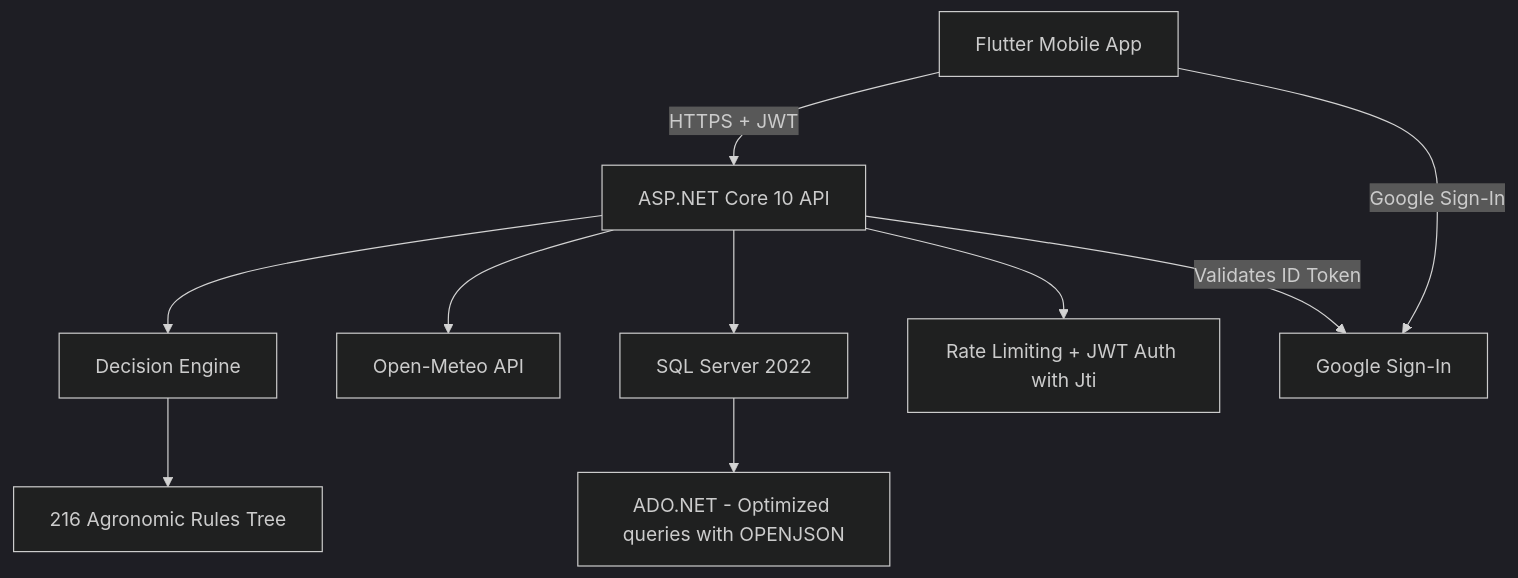
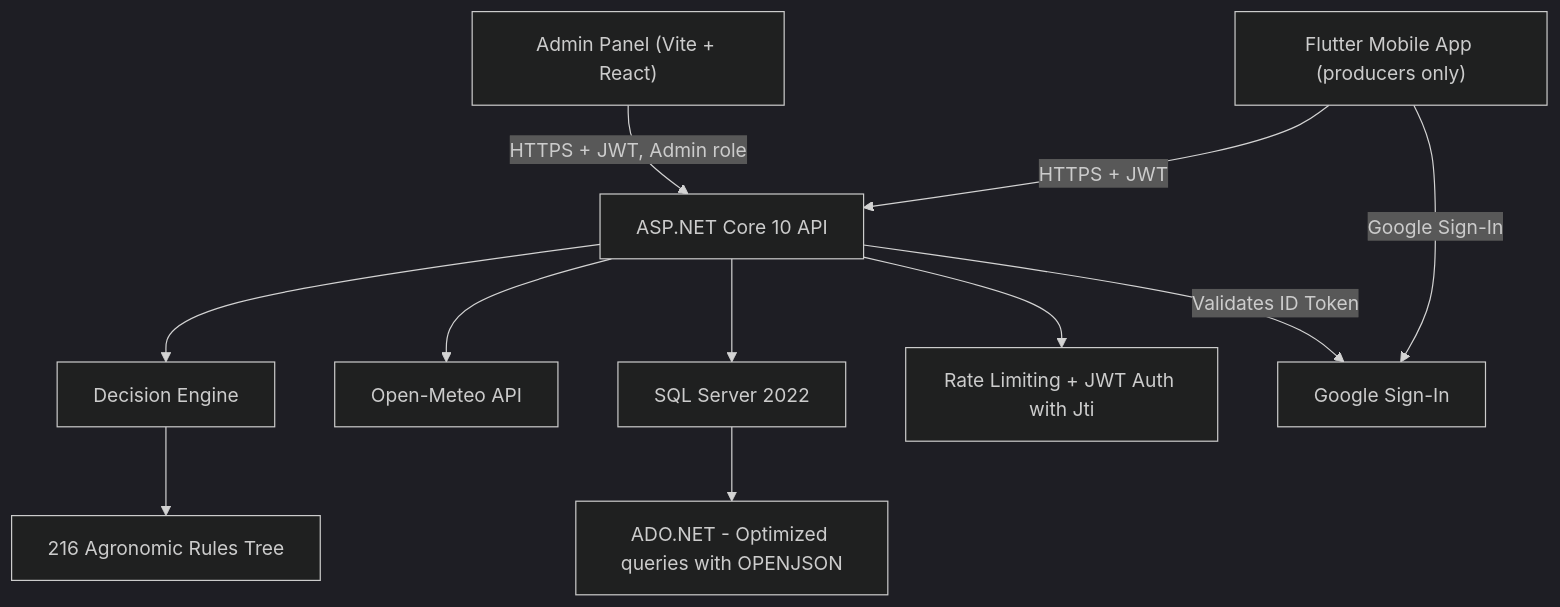
Before and after one commit to Abemilek/CosechaClima: the diagram in README.md, drawn with Mermaid (dark theme). The commit also changed other lines of this file and 1 other file, not shown here.

Commit message:
docs(readme): document admin panel and national coverage

````diff
--- a/README.md
+++ b/README.md
@@ -61,12 +61,13 @@
 ```mermaid
 flowchart TD
-    A["Flutter Mobile App"] -->|"HTTPS + JWT"| B["ASP.NET Core 10 API"]
+    A["Flutter Mobile App (producers only)"] -->|"HTTPS + JWT"| B["ASP.NET Core 10 API"]
+    P["Admin Panel (Vite + React)"] -->|"HTTPS + JWT, Admin role"| B
     B --> C["Decision Engine"]
     C --> D["216 Agronomic Rules Tree"]
     B --> E["Open-Meteo API"]
     B --> F["SQL Server 2022"]
     F --> G["ADO.NET - Optimized queries with OPENJSON"]
     B --> H["Rate Limiting + JWT Auth with Jti"]
     A -->|"Google Sign-In"| I["Google Sign-In"]
     B -->|"Validates ID Token"| I
 ```
````
